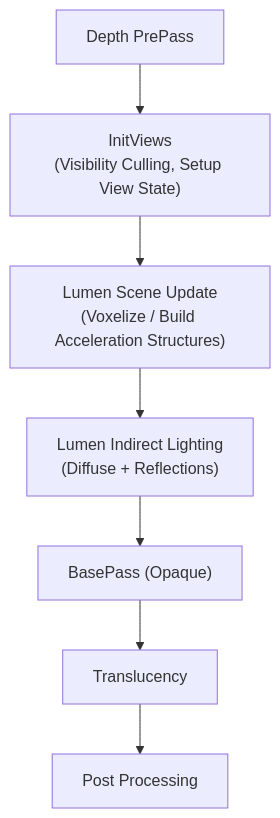
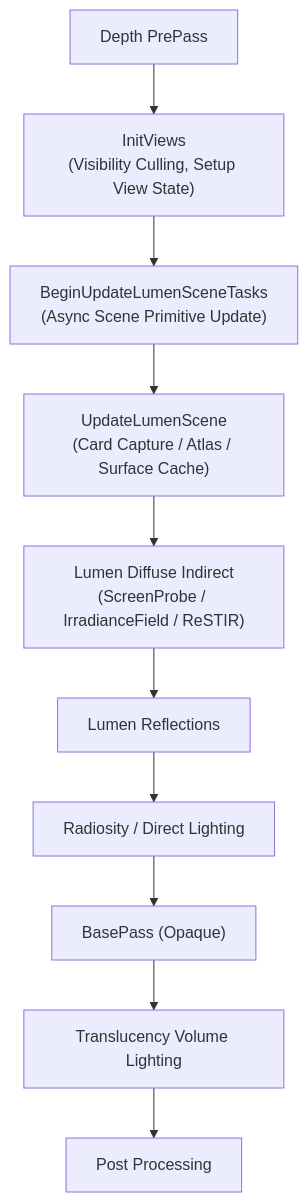
One commit to MotionlessPeri/agent_coding_guidelines changed the first of 2 diagrams in references/ue-rendering/card-02-lumen.md. Above: the diagram before and after it, drawn with Mermaid. The commit also changed other lines of this file and 8 other files, not shown here.

````diff
--- a/references/ue-rendering/card-02-lumen.md
+++ b/references/ue-rendering/card-02-lumen.md
@@ -23,9 +62,12 @@
 ```mermaid
 flowchart TD
     A["Depth PrePass"] --> B["InitViews<br/>(Visibility Culling, Setup View State)"]
-    B --> C["Lumen Scene Update<br/>(Voxelize / Build Acceleration Structures)"]
-    C --> D["Lumen Indirect Lighting<br/>(Diffuse + Reflections)"]
-    D --> E["BasePass (Opaque)"]
-    E --> F["Translucency"]
-    F --> G["Post Processing"]
+    B --> C["BeginUpdateLumenSceneTasks<br/>(Async Scene Primitive Update)"]
+    C --> D["UpdateLumenScene<br/>(Card Capture / Atlas / Surface Cache)"]
+    D --> E["Lumen Diffuse Indirect<br/>(ScreenProbe / IrradianceField / ReSTIR)"]
+    E --> F["Lumen Reflections"]
+    F --> G["Radiosity / Direct Lighting"]
+    G --> H["BasePass (Opaque)"]
+    H --> I["Translucency Volume Lighting"]
+    I --> J["Post Processing"]
 ```
````
